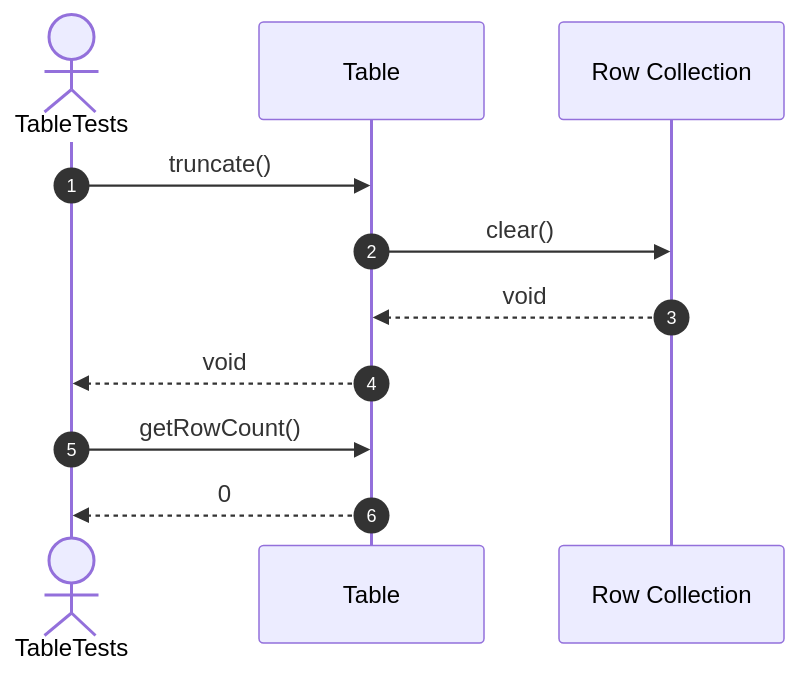
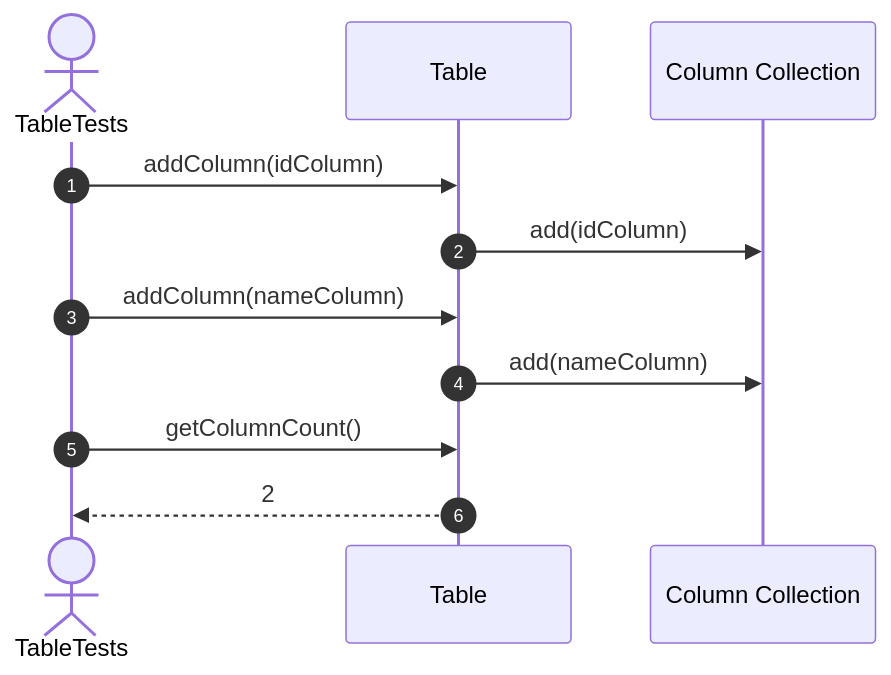
Diagram 14 of 53 in src/tests/unit/metadata/sequences/tables-testing.se.md (FhuAnn/-bbv-AN-s-DBMS), drawn with Mermaid before and after one commit. The commit also changed other lines of this file and 7 other files, not shown here.

Commit message:
table and row run test successfully

````diff
--- a/src/tests/unit/metadata/sequences/tables-testing.se.md
+++ b/src/tests/unit/metadata/sequences/tables-testing.se.md
@@ -249,15 +237,14 @@
 ```mermaid
 sequenceDiagram
     autonumber
     actor Test as TableTests
     participant Table as Table
-    participant Rows as Row Collection
+    participant Columns as Column Collection
 
-    Test->>Table: truncate()
-    Table->>Rows: clear()
-    Rows-->>Table: void
-    Table-->>Test: void
-
-    Test->>Table: getRowCount()
-    Table-->>Test: 0
+    Test->>Table: addColumn(idColumn)
+    Table->>Columns: add(idColumn)
+    Test->>Table: addColumn(nameColumn)
+    Table->>Columns: add(nameColumn)
+    Test->>Table: getColumnCount()
+    Table-->>Test: 2
 ```
````
